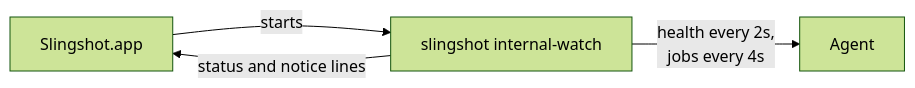
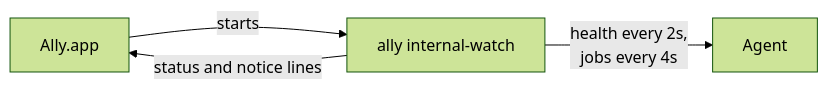
The fourth of 4 diagrams in docs/ARCHITECTURE.md (ado11231/ally), drawn with Mermaid (forest theme) before and after one commit. The commit also changed other lines of this file and 18 other files, not shown here.

````diff
--- a/docs/ARCHITECTURE.md
+++ b/docs/ARCHITECTURE.md
@@ -208,6 +208,6 @@
 ```mermaid
 flowchart LR
-    App["Slingshot.app"] -->|starts| Watch["slingshot internal-watch"]
+    App["Ally.app"] -->|starts| Watch["ally internal-watch"]
     Watch -->|"health every 2s,<br/>jobs every 4s"| Agent
     Watch -->|"status and notice lines"| App
 ```
````
